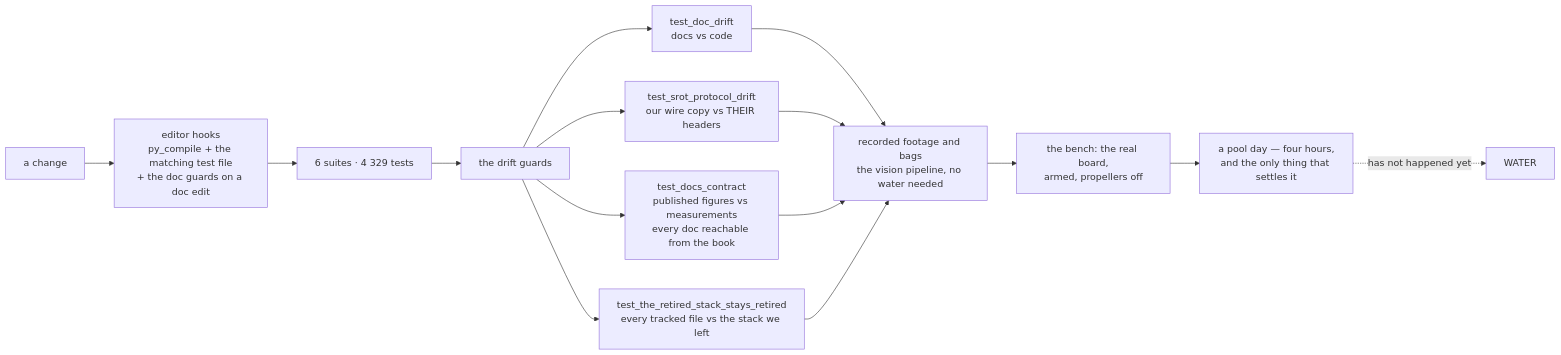
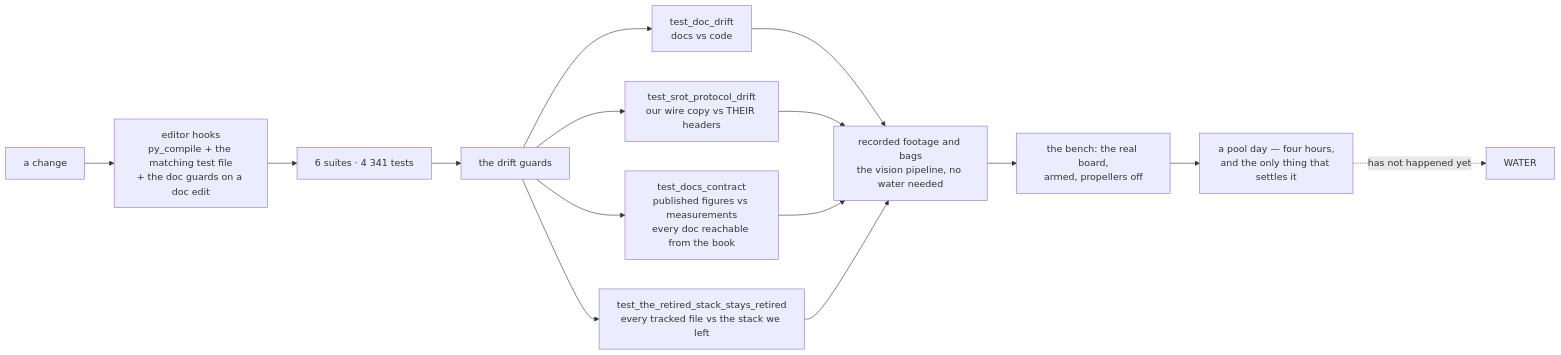
The ninth of 10 diagrams in README.md (fh1m/mongla_ws), drawn with Mermaid before and after one commit. The commit also changed other lines of this file and 2 other files, not shown here.

````diff
--- a/README.md
+++ b/README.md
@@ -806,17 +810,17 @@
 ```mermaid
 flowchart LR
     DEV["a change"] --> HOOK["editor hooks<br/>py_compile + the matching test file<br/>+ the doc guards on a doc edit"]
-    HOOK --> UNIT["6 suites · 4 329 tests"]
+    HOOK --> UNIT["6 suites · 4 341 tests"]
     UNIT --> GUARD["the drift guards"]
     GUARD --> G1["test_doc_drift<br/>docs vs code"]
     GUARD --> G2["test_srot_protocol_drift<br/>our wire copy vs THEIR headers"]
     GUARD --> G3["test_docs_contract<br/>published figures vs measurements<br/>every doc reachable from the book"]
     GUARD --> G4["test_the_retired_stack_stays_retired<br/>every tracked file vs the stack we left"]
     G1 --> REPLAY["recorded footage and bags<br/>the vision pipeline, no water needed"]
     G2 --> REPLAY
     G3 --> REPLAY
     G4 --> REPLAY
     REPLAY --> BENCH["the bench: the real board,<br/>armed, propellers off"]
     BENCH --> POOL["a pool day — four hours,<br/>and the only thing that settles it"]
     POOL -.->|"has not happened yet"| WATER["WATER"]
 ```
````
